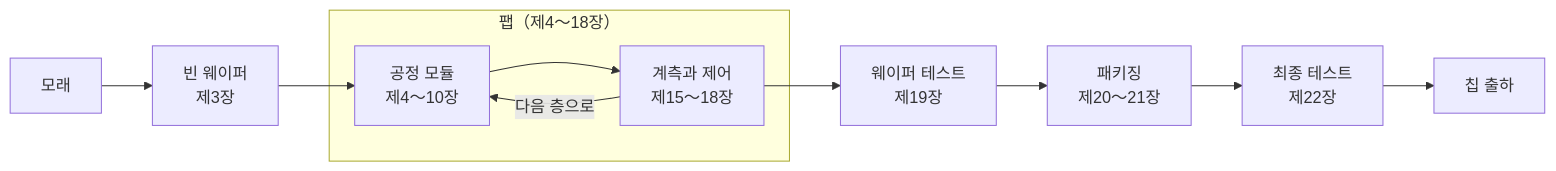
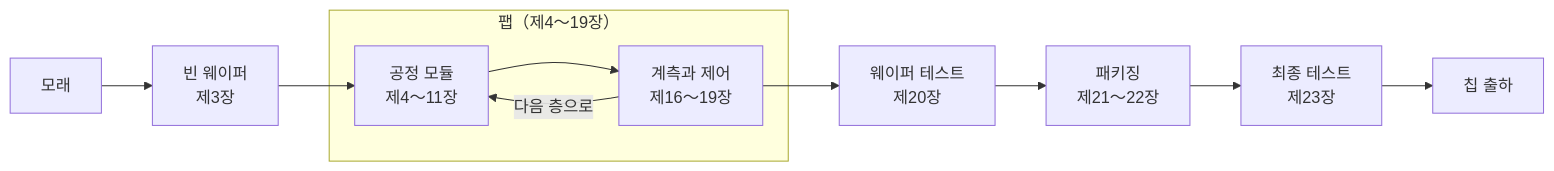
The diagram in ko/README.md (chenwei810/Semiconductor_Manufacturing_Introduction), drawn with Mermaid before and after one commit. The commit also changed other lines of this file and 180 other files, not shown here.

````diff
--- a/ko/README.md
+++ b/ko/README.md
@@ -59,13 +59,13 @@
 ```mermaid
 flowchart LR
     S["모래"] --> W["빈 웨이퍼<br>제3장"]
-    subgraph FAB["팹（제4～18장）"]
-        M["공정 모듈<br>제4～10장"] --> Q["계측과 제어<br>제15～18장"]
+    subgraph FAB["팹（제4～19장）"]
+        M["공정 모듈<br>제4～11장"] --> Q["계측과 제어<br>제16～19장"]
         Q -- "다음 층으로" --> M
     end
     W --> M
-    Q --> T["웨이퍼 테스트<br>제19장"]
-    T --> P["패키징<br>제20～21장"]
-    P --> F["최종 테스트<br>제22장"]
+    Q --> T["웨이퍼 테스트<br>제20장"]
+    T --> P["패키징<br>제21～22장"]
+    P --> F["최종 테스트<br>제23장"]
     F --> C["칩 출하"]
 ```
````
